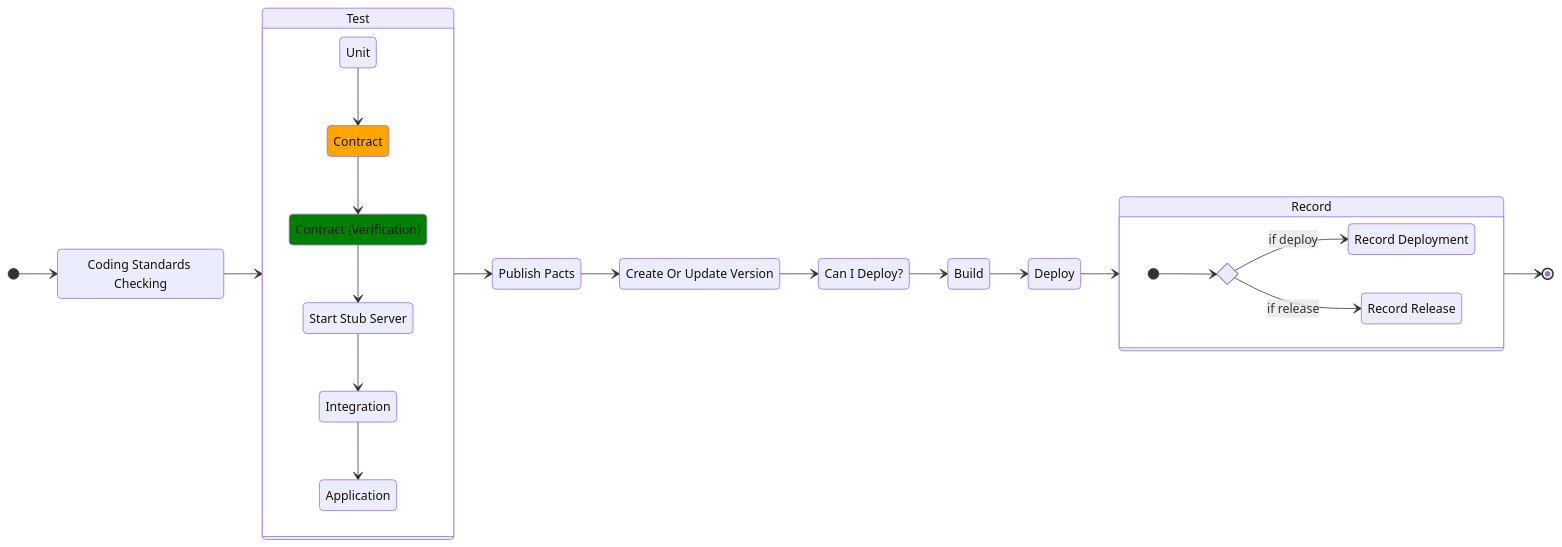
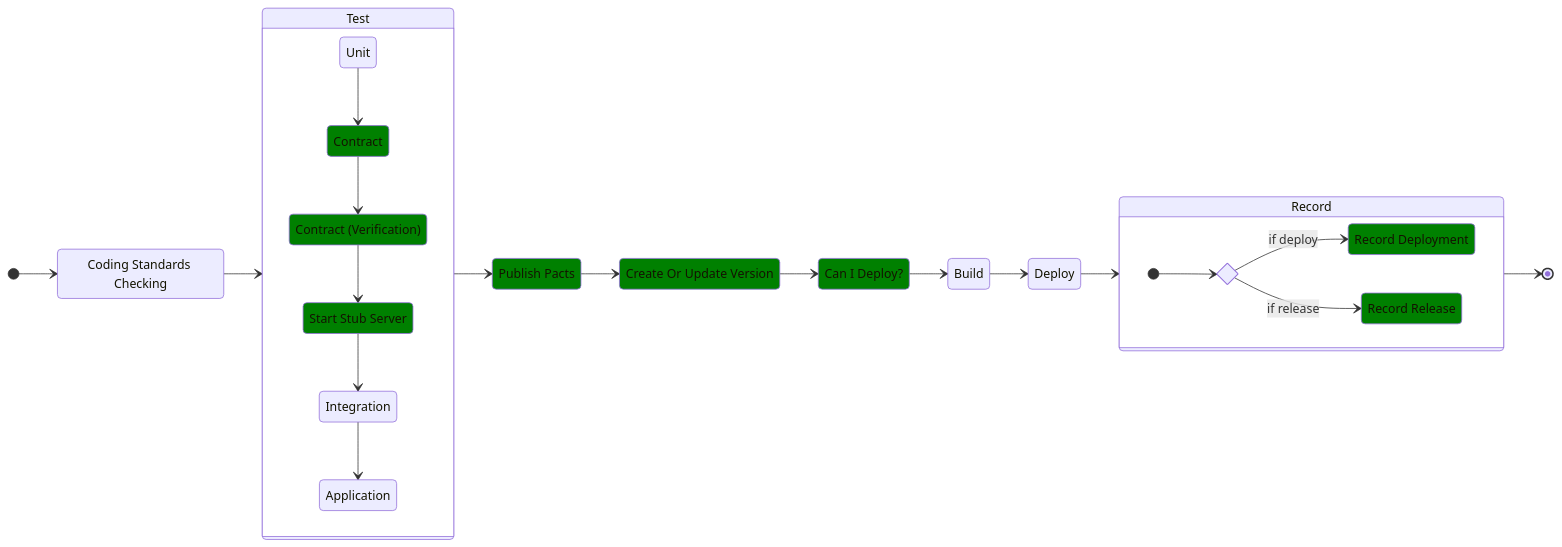
One commit to tienvx/pact-cheatsheet changed the diagram in slides/pact/src/diagrams/ci-backend.mmd. Above: the diagram before and after it, drawn with Mermaid. The commit also changed 7 other files, not shown here.

```diff
--- a/slides/pact/src/diagrams/ci-backend.mmd
+++ b/slides/pact/src/diagrams/ci-backend.mmd
@@ -1,40 +1,45 @@
 stateDiagram-v2
     direction LR
-    classDef orange fill:orange
     classDef green fill:green
-    class Contract orange
+    class Contract green
     class ContractProvider green
+    class StubServer green
+    class Publish green
+    class MergeVersion green
+    class Ask green
+    class RecordDeployment green
+    class RecordRelease green
 
     CS: Coding Standards Checking
     ContractProvider: Contract (Verification)
     StubServer: Start Stub Server
     Publish: Publish Pacts
     MergeVersion: Create Or Update Version
     Ask: Can I Deploy?
     RecordDeployment: Record Deployment
     RecordRelease: Record Release
 
     [*] --> CS
     CS --> Test
     state Test {
         Unit --> Contract
         Contract --> ContractProvider
         ContractProvider --> StubServer
         StubServer --> Integration
         Integration --> Application
     }
     Test --> Publish
     Publish --> MergeVersion
     MergeVersion --> Ask
     Ask --> Build
     Build --> Deploy
     Deploy --> Record
     state Record {
         direction LR
 
         state if_state <<choice>>
         [*] --> if_state
         if_state --> RecordDeployment: if deploy
         if_state --> RecordRelease: if release
     }
     Record --> [*]
```
